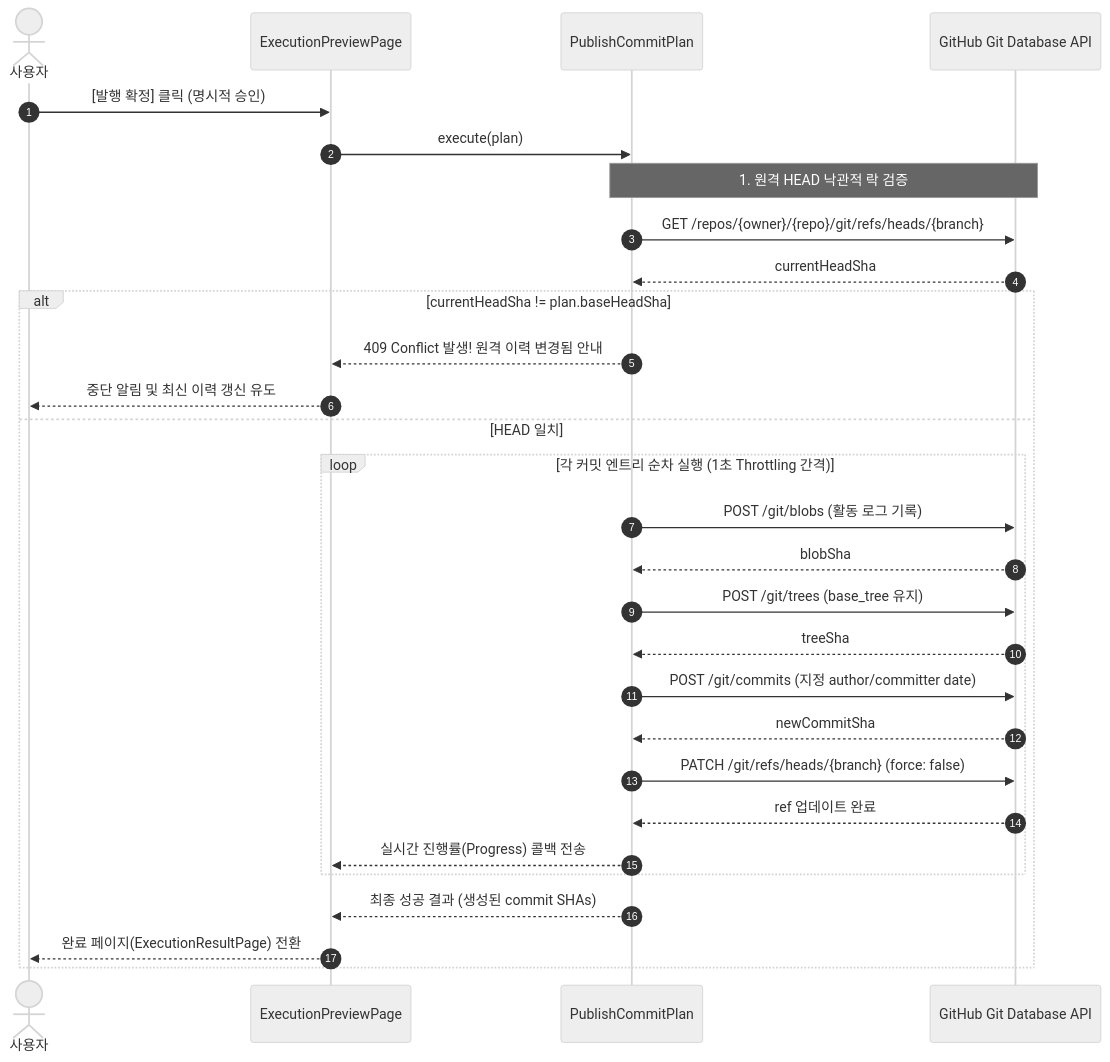
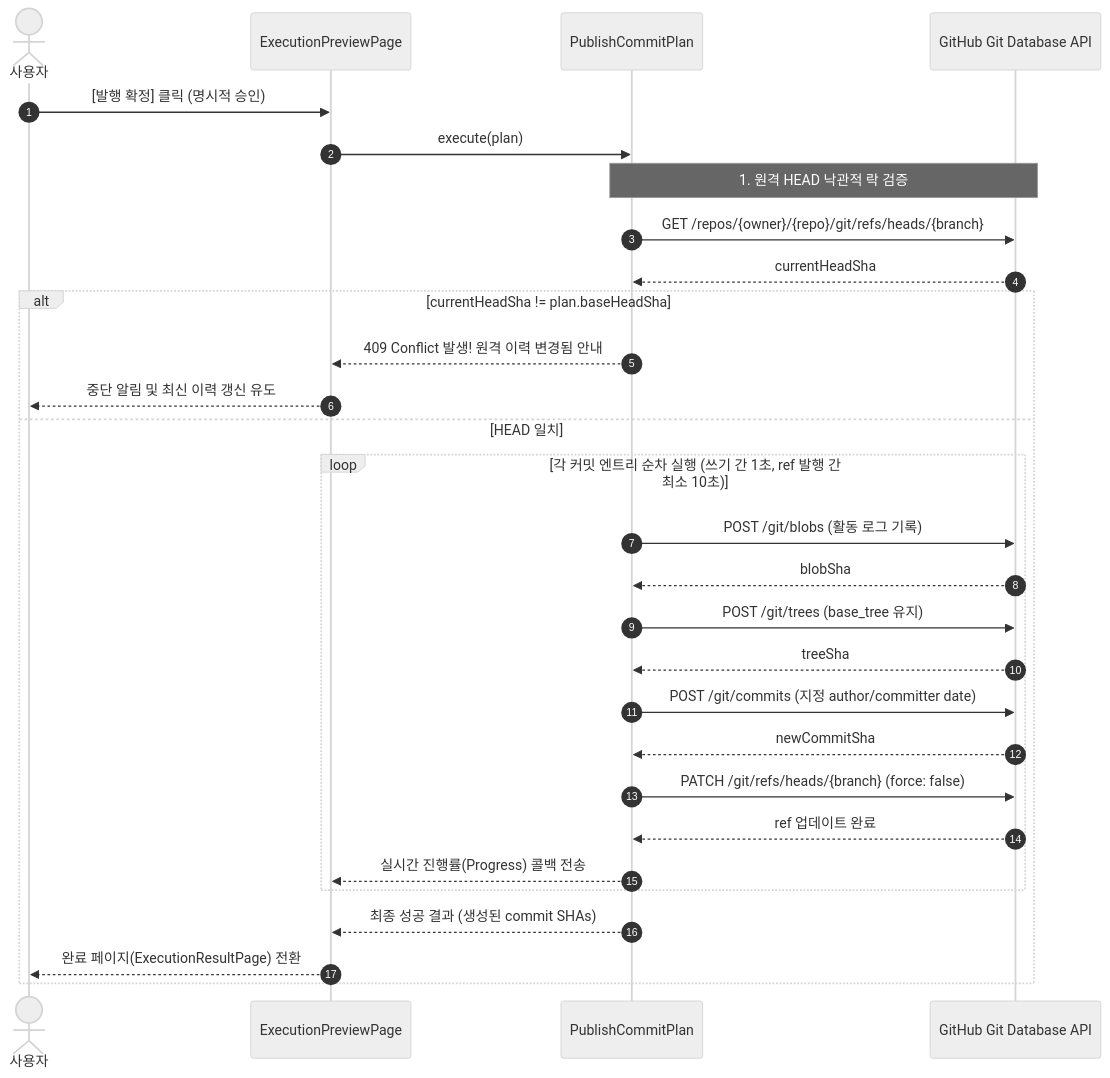
Before and after one commit to sVyu/github-grass-gardener: the fourth of 4 diagrams in docs/architecture.md, drawn with Mermaid (neutral theme). The commit also changed other lines of this file and 9 other files, not shown here.

````diff
--- a/docs/architecture.md
+++ b/docs/architecture.md
@@ -179,34 +179,34 @@
 ```mermaid
 sequenceDiagram
     autonumber
     actor User as 사용자
     participant Preview as ExecutionPreviewPage
     participant UseCase as PublishCommitPlan
     participant GitDB as GitHub Git Database API
 
     User->>Preview: [발행 확정] 클릭 (명시적 승인)
     Preview->>UseCase: execute(plan)
 
     Note over UseCase,GitDB: 1. 원격 HEAD 낙관적 락 검증
     UseCase->>GitDB: GET /repos/{owner}/{repo}/git/refs/heads/{branch}
     GitDB-->>UseCase: currentHeadSha
 
     alt currentHeadSha != plan.baseHeadSha
         UseCase-->>Preview: 409 Conflict 발생! 원격 이력 변경됨 안내
         Preview-->>User: 중단 알림 및 최신 이력 갱신 유도
     else HEAD 일치
-        loop 각 커밋 엔트리 순차 실행 (1초 Throttling 간격)
+        loop 각 커밋 엔트리 순차 실행 (쓰기 간 1초, ref 발행 간 최소 10초)
             UseCase->>GitDB: POST /git/blobs (활동 로그 기록)
             GitDB-->>UseCase: blobSha
             UseCase->>GitDB: POST /git/trees (base_tree 유지)
             GitDB-->>UseCase: treeSha
             UseCase->>GitDB: POST /git/commits (지정 author/committer date)
             GitDB-->>UseCase: newCommitSha
             UseCase->>GitDB: PATCH /git/refs/heads/{branch} (force: false)
             GitDB-->>UseCase: ref 업데이트 완료
             UseCase-->>Preview: 실시간 진행률(Progress) 콜백 전송
         end
         UseCase-->>Preview: 최종 성공 결과 (생성된 commit SHAs)
         Preview-->>User: 완료 페이지(ExecutionResultPage) 전환
     end
 ```
````
